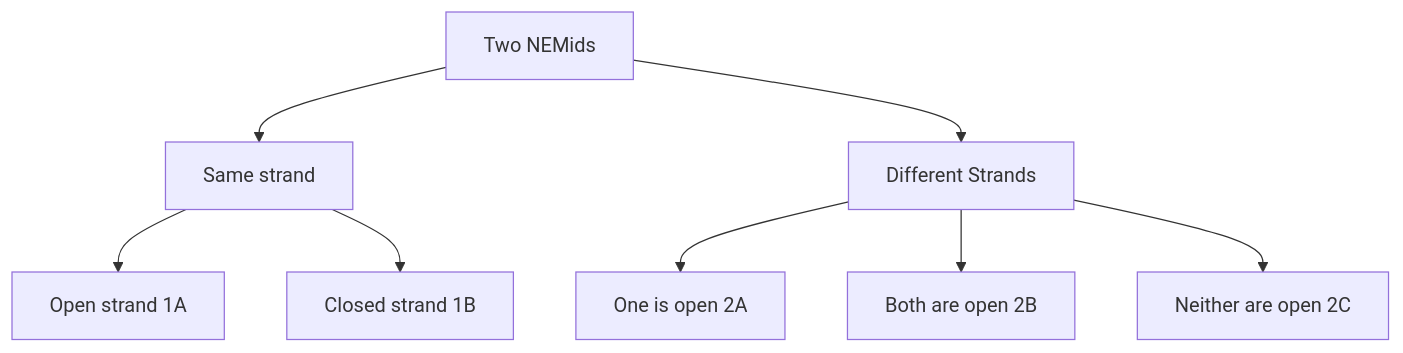
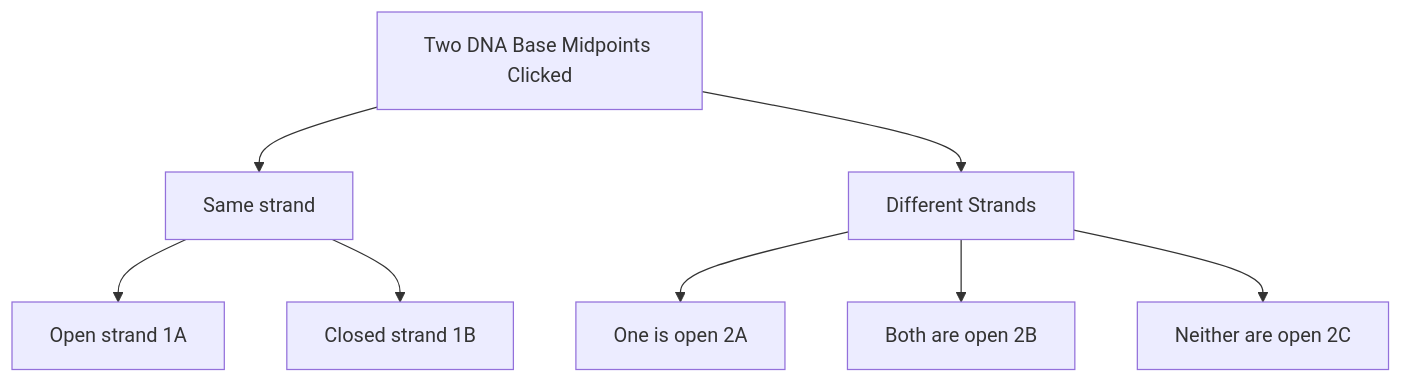
One commit to 404Wolf/stainless-technical-breifing-natug changed the diagram in mermaid/conjoin-graph.mermaid. Above: the diagram before and after it, drawn with Mermaid. The commit also changed 3 other files, not shown here.

```diff
--- a/mermaid/conjoin-graph.mermaid
+++ b/mermaid/conjoin-graph.mermaid
@@ -1,14 +1,14 @@
 graph TD
-    A[Two NEMids]
+    A[Two DNA Base Midpoints Clicked]
     A1[Same strand]
     A2[Different Strands]
 
     A --> A1
     A --> A2
 
     A1 --> A1A[Open strand 1A]
     A1 --> A1B[Closed strand 1B]
 
     A2 --> A2A[One is open 2A]
     A2 --> A2B[Both are open 2B]
     A2 --> A2C[Neither are open 2C]
```
